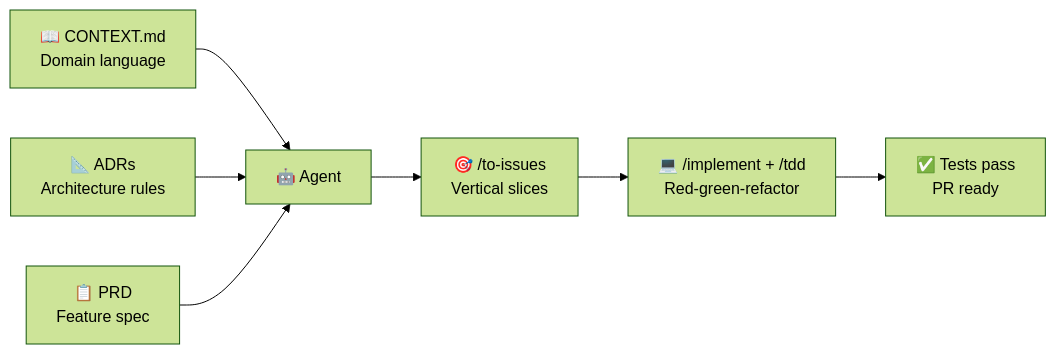
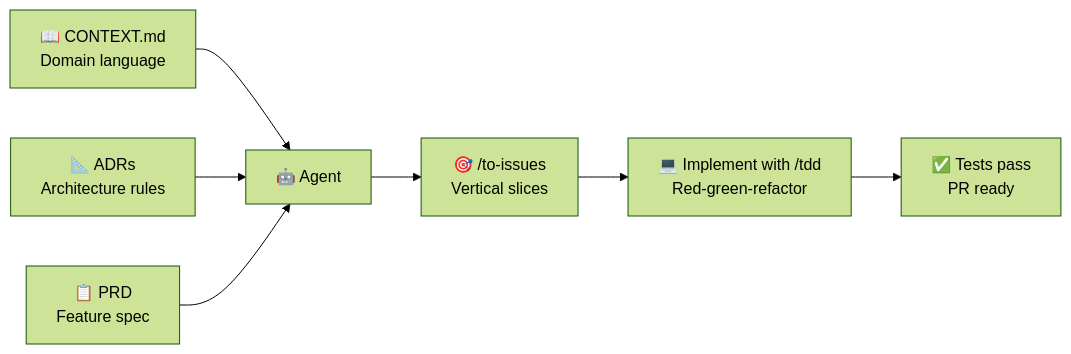
One commit to salvatorebottiglieri/coding_with_ai changed the sixth of 6 diagrams in 002_top_down_planning/slides.md. Above: the diagram before and after it, drawn with Mermaid (forest theme). The commit also changed other lines of this file, not shown here.

Commit message:
fix: remove references to non-existent /implement skill, use /tdd instead

````diff
--- a/002_top_down_planning/slides.md
+++ b/002_top_down_planning/slides.md
@@ -1904,9 +1904,9 @@
 ```mermaid {scale: 0.48}
 graph LR
     CTX["📖 CONTEXT.md<br/>Domain language"] --> AG["🤖 Agent"]
     ADR["📐 ADRs<br/>Architecture rules"] --> AG
     PRD["📋 PRD<br/>Feature spec"] --> AG
     AG --> ISSUES["🎯 /to-issues<br/>Vertical slices"]
-    ISSUES --> IMPL["💻 /implement + /tdd<br/>Red-green-refactor"]
+    ISSUES --> IMPL["💻 Implement with /tdd<br/>Red-green-refactor"]
     IMPL --> TESTS["✅ Tests pass<br/>PR ready"]
 ```
````
